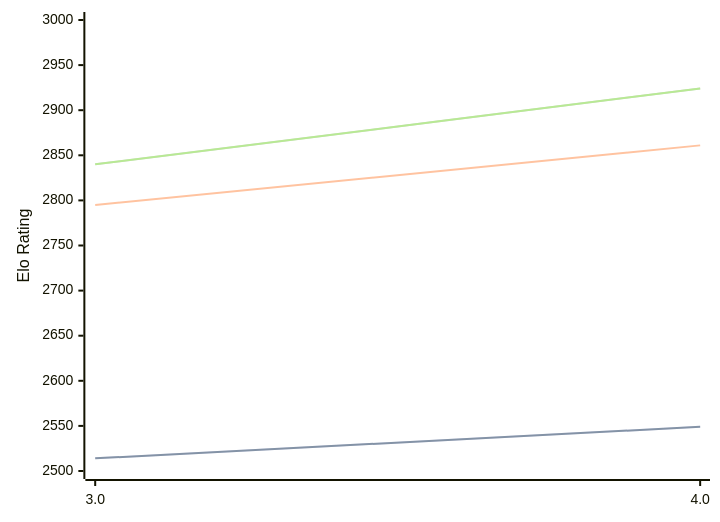
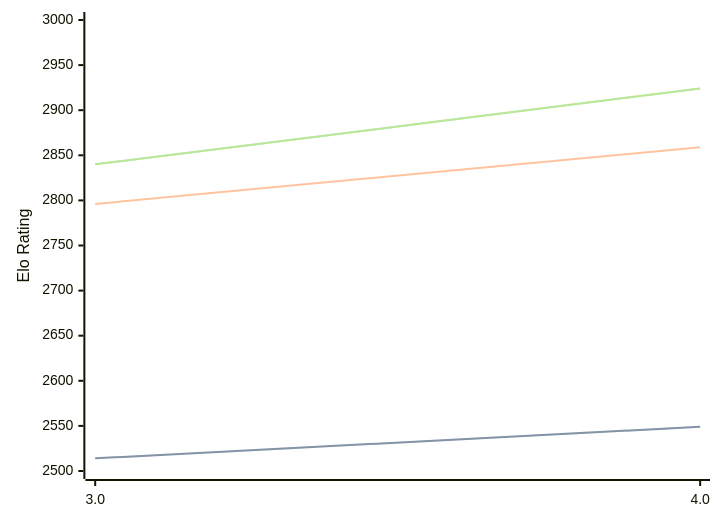
One commit to computer-chess-index/cci changed the diagram in engines/Chess3.md. Above: the diagram before and after it, drawn with Mermaid. The commit also changed other lines of this file, not shown here.

````diff
--- a/engines/Chess3.md
+++ b/engines/Chess3.md
@@ -34,11 +34,11 @@
 ```mermaid
 %%{init: {"theme":"base","themeVariables":{"seriesColors:['#a3a3a3','#222221','#faa371']}}}%%
 xychart-beta
   x-axis ["3.0", "4.0"]
   y-axis "Elo Rating" 2500 --> 3000
   line "STC (8.0+0.08s)" [2514, 2549]
   line "STC (8.0+0.08s)" [2514, 2549]
-  line "LTC (60.0+0.60s)" [2795, 2861]
+  line "LTC (60.0+0.60s)" [2796, 2859]
   line "VLTC (2m24s+1.12s)" [2840, 2924]
   line "VLTC (2m24s+1.12s)" [2840, 2924]
 ```
````
